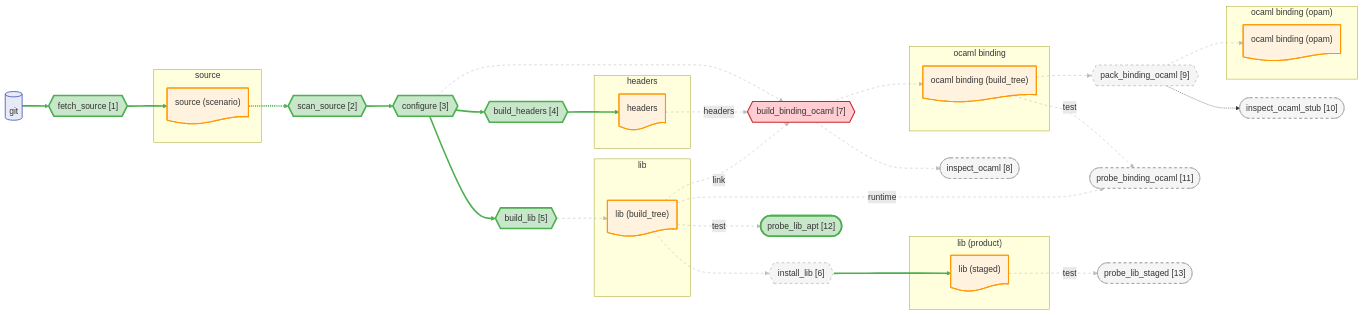
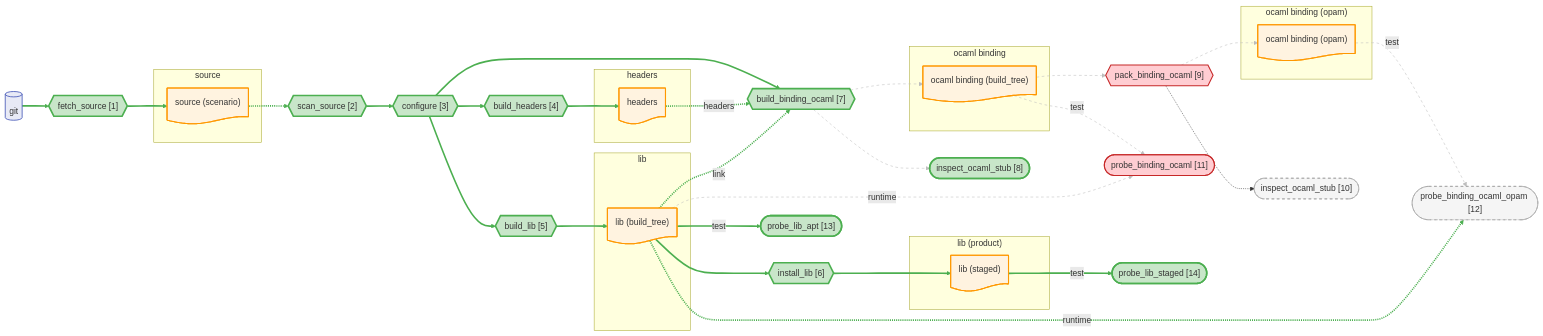
The diagram in docs/canary/projects/z3/-run/diagrams/full.mmd (JHU-PL-Lab/tola), drawn with Mermaid before and after one commit. The commit also changed 24 other files, not shown here.

```diff
--- a/docs/canary/projects/z3/-run/diagrams/full.mmd
+++ b/docs/canary/projects/z3/-run/diagrams/full.mmd
@@ -1,103 +1,109 @@
 %% view: full
 graph LR
     subgraph source_sg ["source"]
       source_node@{ shape: doc, label: "source (scenario)" }
     end
     subgraph headers_sg ["headers"]
       headers_node@{ shape: doc, label: "headers" }
     end
     subgraph lib_input_sg ["lib"]
       lib_build_tree_node@{ shape: doc, label: "lib (build_tree)" }
     end
     subgraph lib_product_sg ["lib (product)"]
       lib_staged_node@{ shape: doc, label: "lib (staged)" }
     end
     subgraph ocaml_binding_input_sg ["ocaml binding"]
       ocaml_binding_build_tree_node@{ shape: doc, label: "ocaml binding (build_tree)" }
     end
     subgraph ocaml_binding_product_sg ["ocaml binding (opam)"]
       ocaml_binding_opam_node@{ shape: doc, label: "ocaml binding (opam)" }
     end
 
     git_store@{ shape: cyl, label: "git" }
 
     A_scan_source{{"scan_source [2]"}}
     A_configure{{"configure [3]"}}
     A_fetch_source{{"fetch_source [1]"}}
     A_build_headers{{"build_headers [4]"}}
     A_build_lib{{"build_lib [5]"}}
     A_install_lib{{"install_lib [6]"}}
     A_build_binding_ocaml{{"build_binding_ocaml [7]"}}
-    A_build_binding_ocaml_inspect(["inspect_ocaml [8]"])
+    A_build_binding_ocaml_stub_inspect(["inspect_ocaml_stub [8]"])
     A_pack_binding_ocaml{{"pack_binding_ocaml [9]"}}
     A_pack_binding_ocaml_stub_inspect(["inspect_ocaml_stub [10]"])
     A_probe_binding_ocaml(["probe_binding_ocaml [11]"])
-    A_probe_lib_apt(["probe_lib_apt [12]"])
-    A_probe_lib_staged(["probe_lib_staged [13]"])
+    A_probe_binding_ocaml_opam(["probe_binding_ocaml_opam [12]"])
+    A_probe_lib_apt(["probe_lib_apt [13]"])
+    A_probe_lib_staged(["probe_lib_staged [14]"])
 
     git_store --> A_fetch_source --> source_node
     source_node -.-> A_scan_source
     A_scan_source --> A_configure
     A_configure --> A_build_headers
     A_build_headers --> headers_node
     A_configure --> A_build_lib
     A_build_lib --> lib_build_tree_node
     lib_build_tree_node --> A_install_lib
     A_install_lib --> lib_staged_node
     lib_build_tree_node -->|test| A_probe_lib_apt
     lib_staged_node -->|test| A_probe_lib_staged
     A_configure --> A_build_binding_ocaml
     headers_node -.->|headers| A_build_binding_ocaml
     lib_build_tree_node -.->|link| A_build_binding_ocaml
     A_build_binding_ocaml --> ocaml_binding_build_tree_node
     ocaml_binding_build_tree_node --> A_pack_binding_ocaml
     A_pack_binding_ocaml --> ocaml_binding_opam_node
     ocaml_binding_build_tree_node -->|test| A_probe_binding_ocaml
     lib_build_tree_node -.->|runtime| A_probe_binding_ocaml
-    A_build_binding_ocaml -.-> A_build_binding_ocaml_inspect
+    ocaml_binding_opam_node -->|test| A_probe_binding_ocaml_opam
+    lib_build_tree_node -.->|runtime| A_probe_binding_ocaml_opam
+    A_build_binding_ocaml -.-> A_build_binding_ocaml_stub_inspect
     A_pack_binding_ocaml -.-> A_pack_binding_ocaml_stub_inspect
 
     classDef artifact fill:#fff3e0,stroke:#ff9800,stroke-width:2px
     classDef store fill:#e8eaf6,stroke:#3f51b5,stroke-width:1.5px
     classDef st_done fill:#c8e6c9,stroke:#4caf50,stroke-width:3px
     classDef st_done_ctx fill:#e8f5e9,stroke:#a5d6a7,stroke-width:1.5px
     classDef st_expected_fail fill:#fff9c4,stroke:#f9a825,stroke-width:2px
     classDef st_failed fill:#ffcdd2,stroke:#c62828,stroke-width:2px
     classDef st_skipped fill:#f5f5f5,stroke:#9e9e9e,stroke-dasharray:5
     classDef st_nospec fill:#fafafa,stroke:#bdbdbd,stroke-dasharray:5
     class source_node,headers_node,lib_build_tree_node,lib_staged_node,ocaml_binding_build_tree_node,ocaml_binding_opam_node artifact
     class git_store store
     class A_fetch_source st_done
     class A_scan_source st_done
     class A_configure st_done
     class A_build_headers st_done
     class A_build_lib st_done
-    class A_install_lib st_skipped
-    class A_build_binding_ocaml st_failed
-    class A_build_binding_ocaml_inspect st_skipped
-    class A_pack_binding_ocaml st_skipped
+    class A_install_lib st_done
+    class A_build_binding_ocaml st_done
+    class A_build_binding_ocaml_stub_inspect st_done
+    class A_pack_binding_ocaml st_failed
     class A_pack_binding_ocaml_stub_inspect st_skipped
-    class A_probe_binding_ocaml st_skipped
+    class A_probe_binding_ocaml st_failed
+    class A_probe_binding_ocaml_opam st_skipped
     class A_probe_lib_apt st_done
-    class A_probe_lib_staged st_skipped
+    class A_probe_lib_staged st_done
     linkStyle 0 stroke:#4caf50,stroke-width:3px
     linkStyle 1 stroke:#4caf50,stroke-width:3px
     linkStyle 2 stroke:#4caf50,stroke-width:3px
     linkStyle 3 stroke:#4caf50,stroke-width:3px
     linkStyle 4 stroke:#4caf50,stroke-width:3px
     linkStyle 5 stroke:#4caf50,stroke-width:3px
     linkStyle 6 stroke:#4caf50,stroke-width:3px
-    linkStyle 7 stroke:#bdbdbd,stroke-width:1px,stroke-dasharray:5
-    linkStyle 8 stroke:#bdbdbd,stroke-width:1px,stroke-dasharray:5
+    linkStyle 7 stroke:#4caf50,stroke-width:3px
+    linkStyle 8 stroke:#4caf50,stroke-width:3px
     linkStyle 9 stroke:#4caf50,stroke-width:3px
-    linkStyle 10 stroke:#bdbdbd,stroke-width:1px,stroke-dasharray:5
-    linkStyle 11 stroke:#bdbdbd,stroke-width:1px,stroke-dasharray:5
-    linkStyle 12 stroke:#bdbdbd,stroke-width:1px,stroke-dasharray:5
-    linkStyle 13 stroke:#bdbdbd,stroke-width:1px,stroke-dasharray:5
-    linkStyle 14 stroke:#bdbdbd,stroke-width:1px,stroke-dasharray:5
+    linkStyle 10 stroke:#4caf50,stroke-width:3px
+    linkStyle 11 stroke:#4caf50,stroke-width:3px
+    linkStyle 12 stroke:#4caf50,stroke-width:3px
+    linkStyle 13 stroke:#4caf50,stroke-width:3px
+    linkStyle 14 stroke:#4caf50,stroke-width:3px
     linkStyle 15 stroke:#bdbdbd,stroke-width:1px,stroke-dasharray:5
     linkStyle 16 stroke:#bdbdbd,stroke-width:1px,stroke-dasharray:5
     linkStyle 17 stroke:#bdbdbd,stroke-width:1px,stroke-dasharray:5
     linkStyle 18 stroke:#bdbdbd,stroke-width:1px,stroke-dasharray:5
     linkStyle 19 stroke:#bdbdbd,stroke-width:1px,stroke-dasharray:5
     linkStyle 20 stroke:#bdbdbd,stroke-width:1px,stroke-dasharray:5
+    linkStyle 21 stroke:#4caf50,stroke-width:3px
+    linkStyle 22 stroke:#bdbdbd,stroke-width:1px,stroke-dasharray:5
```
